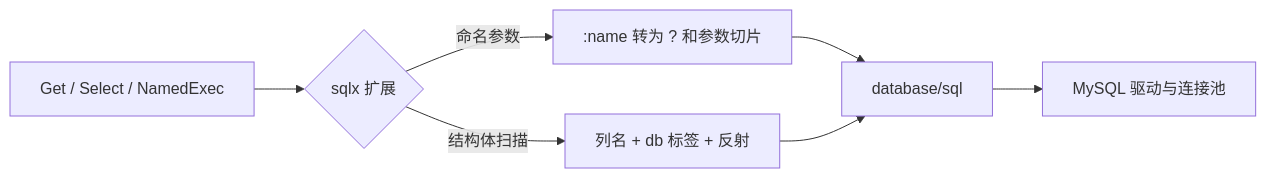
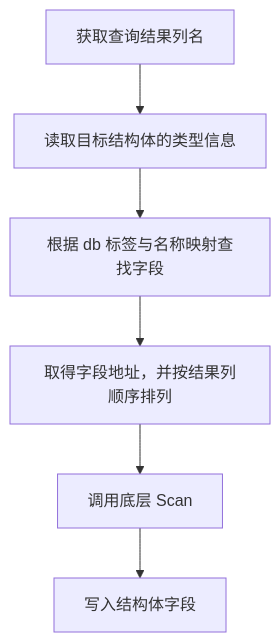
Before and after one commit to zzxrepository/gocode: the eighth of 10 diagrams in src/backend/go/frameworks-and-ecosystem/02-data-access/01-sqlx.md, drawn with Mermaid. The commit also changed other lines of this file and 1 other file, not shown here.

Commit message:
docs(go): 重写 MySQL 与 sqlx 教程并补充原理和封面

````diff
--- a/src/backend/go/frameworks-and-ecosystem/02-data-access/01-sqlx.md
+++ b/src/backend/go/frameworks-and-ecosystem/02-data-access/01-sqlx.md
@@ -1665,9 +873,8 @@
 ```mermaid
-flowchart LR
-    A[Get / Select / NamedExec] --> B{sqlx 扩展}
-    B -->|命名参数| C[:name 转为 ? 和参数切片]
-    B -->|结构体扫描| D[列名 + db 标签 + 反射]
-    C --> E[database/sql]
-    D --> E
-    E --> F[MySQL 驱动与连接池]
+flowchart TD
+    A["获取查询结果列名"] --> B["读取目标结构体的类型信息"]
+    B --> C["根据 db 标签与名称映射查找字段"]
+    C --> D["取得字段地址，并按结果列顺序排列"]
+    D --> E["调用底层 Scan"]
+    E --> F["写入结构体字段"]
 ```
````
